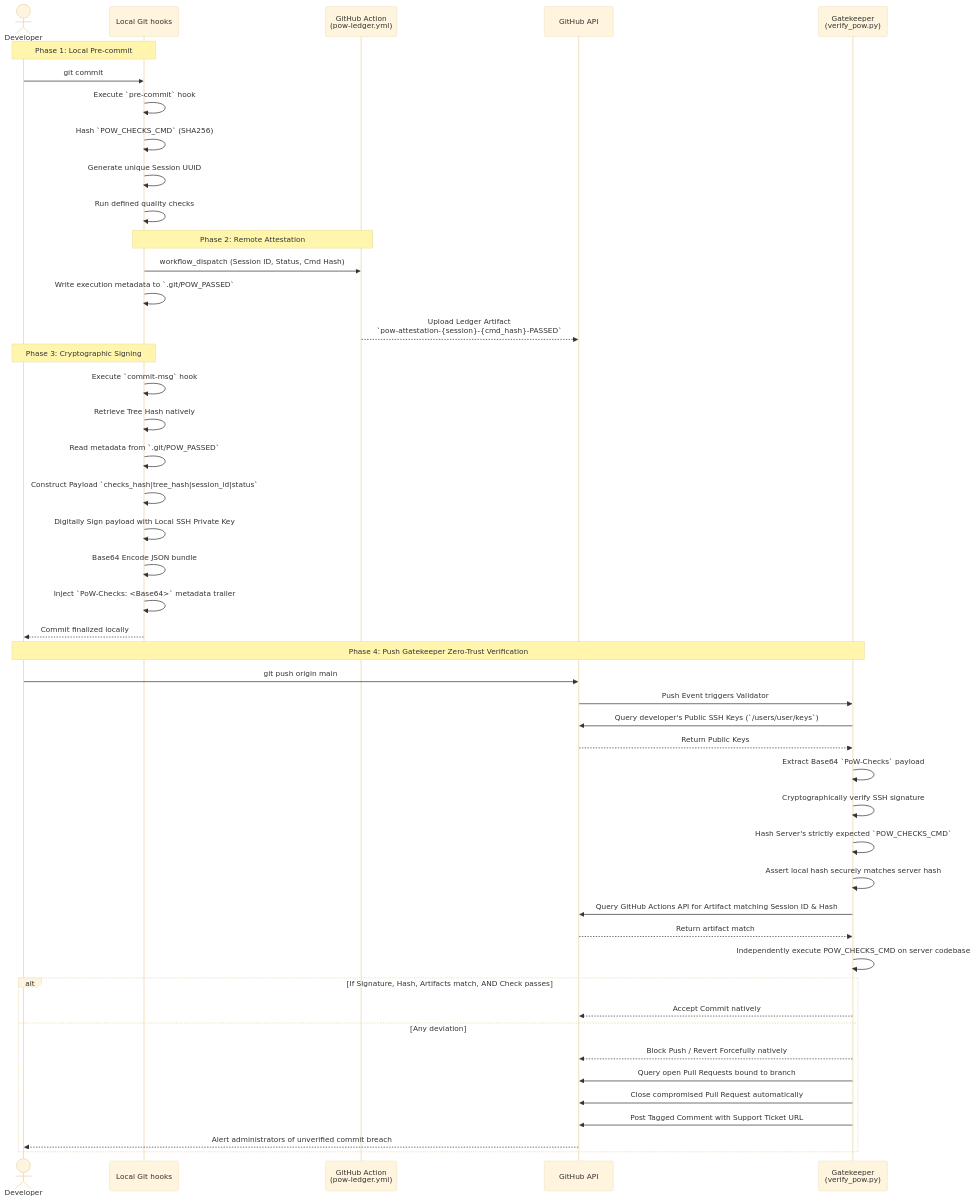
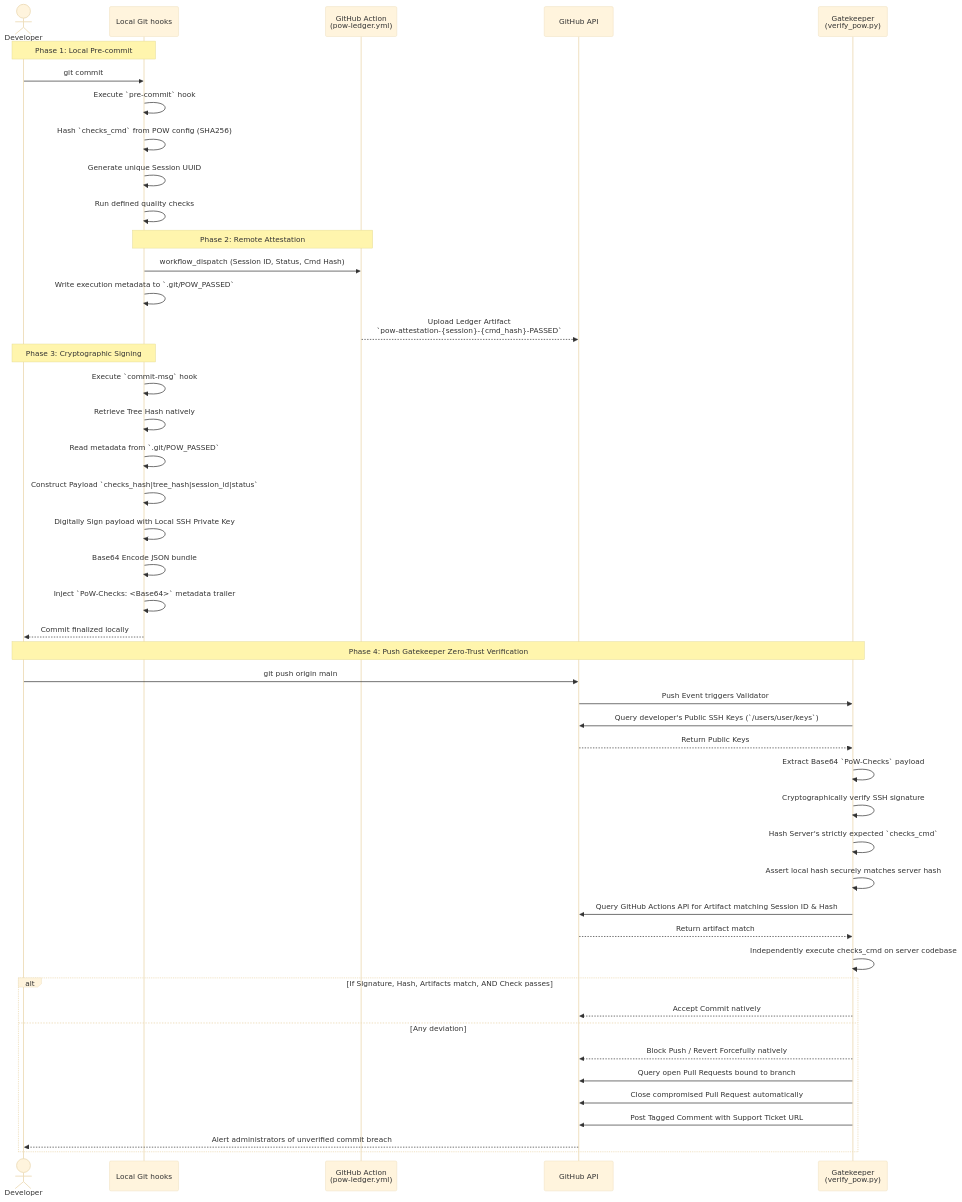
One commit to ddimitriou/PoW-Hook changed the second of 2 diagrams in ARCHITECTURE.md. Above: the diagram before and after it, drawn with Mermaid (base theme). The commit also changed other lines of this file and 15 other files, not shown here.

````diff
--- a/ARCHITECTURE.md
+++ b/ARCHITECTURE.md
@@ -51,59 +51,59 @@
 ```mermaid
 sequenceDiagram
     actor Dev as Developer
     participant Git as Local Git hooks
     participant Ledger as GitHub Action<br/>(pow-ledger.yml)
     participant GH as GitHub API
     participant Validator as Gatekeeper<br/>(verify_pow.py)
 
     Note over Dev, Git: Phase 1: Local Pre-commit
     Dev->>Git: git commit
     Git->>Git: Execute `pre-commit` hook
-    Git->>Git: Hash `POW_CHECKS_CMD` (SHA256)
+    Git->>Git: Hash `checks_cmd` from POW config (SHA256)
     Git->>Git: Generate unique Session UUID
     Git->>Git: Run defined quality checks
     
     %% Attestation Dispatch
     Note over Git, Ledger: Phase 2: Remote Attestation
     Git->>Ledger: workflow_dispatch (Session ID, Status, Cmd Hash)
     Git->>Git: Write execution metadata to `.git/POW_PASSED`
     Ledger-->>GH: Upload Ledger Artifact<br/>`pow-attestation-{session}-{cmd_hash}-PASSED`
     
     Note over Dev, Git: Phase 3: Cryptographic Signing
     Git->>Git: Execute `commit-msg` hook
     Git->>Git: Retrieve Tree Hash natively
     Git->>Git: Read metadata from `.git/POW_PASSED`
     Git->>Git: Construct Payload `checks_hash|tree_hash|session_id|status`
     Git->>Git: Digitally Sign payload with Local SSH Private Key
     Git->>Git: Base64 Encode JSON bundle
     Git->>Git: Inject `PoW-Checks: <Base64>` metadata trailer
     Git-->>Dev: Commit finalized locally
 
     Note over Dev, Validator: Phase 4: Push Gatekeeper Zero-Trust Verification
     Dev->>GH: git push origin main
     GH->>Validator: Push Event triggers Validator
     
     Validator->>GH: Query developer's Public SSH Keys (`/users/user/keys`)
     GH-->>Validator: Return Public Keys
     
     Validator->>Validator: Extract Base64 `PoW-Checks` payload
     Validator->>Validator: Cryptographically verify SSH signature
     
-    Validator->>Validator: Hash Server's strictly expected `POW_CHECKS_CMD`
+    Validator->>Validator: Hash Server's strictly expected `checks_cmd`
     Validator->>Validator: Assert local hash securely matches server hash
     
     Validator->>GH: Query GitHub Actions API for Artifact matching Session ID & Hash
     GH-->>Validator: Return artifact match
     
-    Validator->>Validator: Independently execute POW_CHECKS_CMD on server codebase
+    Validator->>Validator: Independently execute checks_cmd on server codebase
     
     alt If Signature, Hash, Artifacts match, AND Check passes
         Validator-->>GH: Accept Commit natively
     else Any deviation
         Validator-->>GH: Block Push / Revert Forcefully natively
         Validator->>GH: Query open Pull Requests bound to branch
         Validator->>GH: Close compromised Pull Request automatically
         Validator->>GH: Post Tagged Comment with Support Ticket URL
         GH-->>Dev: Alert administrators of unverified commit breach
     end
 ```
````
